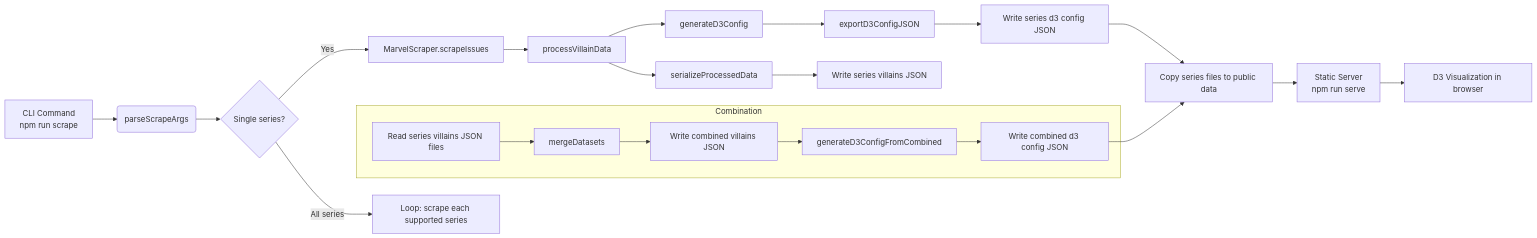
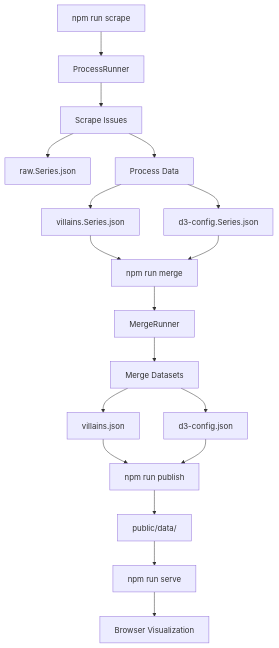
Before and after one commit to liammcnabb/spider-man-villain-viz: the first of 2 diagrams in docs/FUNCTIONAL_DOCUMENTATION.md, drawn with Mermaid. The commit also changed other lines of this file and 34 other files, not shown here.

````diff
--- a/docs/FUNCTIONAL_DOCUMENTATION.md
+++ b/docs/FUNCTIONAL_DOCUMENTATION.md
@@ -21,26 +23,25 @@
 ```mermaid
-flowchart LR
-  A[CLI Command<br/>npm run scrape] --> B(parseScrapeArgs)
-    B --> C{Single series?}
-  C -->|Yes| D[MarvelScraper.scrapeIssues]
-    C -->|All series| D1[Loop: scrape each supported series]
-
-    D --> E[processVillainData]
-    E --> F[serializeProcessedData]
-    F --> G[Write series villains JSON]
-    E --> H[generateD3Config]
-    H --> I[exportD3ConfigJSON]
-    I --> J[Write series d3 config JSON]
-
-    subgraph Combination
-    K[Read series villains JSON files] --> L[mergeDatasets]
-    L --> M[Write combined villains JSON]
-    M --> N[generateD3ConfigFromCombined]
-    N --> O[Write combined d3 config JSON]
-    end
-
-    J --> P[Copy series files to public data]
-    O --> P
-    P --> Q[Static Server<br/>npm run serve]
-    Q --> R[D3 Visualization in browser]
+flowchart TD
+  A[npm run scrape] --> B[ProcessRunner]
+  B --> C[Scrape Issues]
+  C --> D[raw.Series.json]
+  
+  C --> E[Process Data]
+  E --> F[villains.Series.json]
+  E --> G[d3-config.Series.json]
+  
+  F --> H[npm run merge]
+  G --> H
+  H --> I[MergeRunner]
+  I --> J[Merge Datasets]
+  
+  J --> K[villains.json]
+  J --> L[d3-config.json]
+  
+  K --> M[npm run publish]
+  L --> M
+  M --> N[public/data/]
+  
+  N --> O[npm run serve]
+  O --> P[Browser Visualization]
 ```
````
